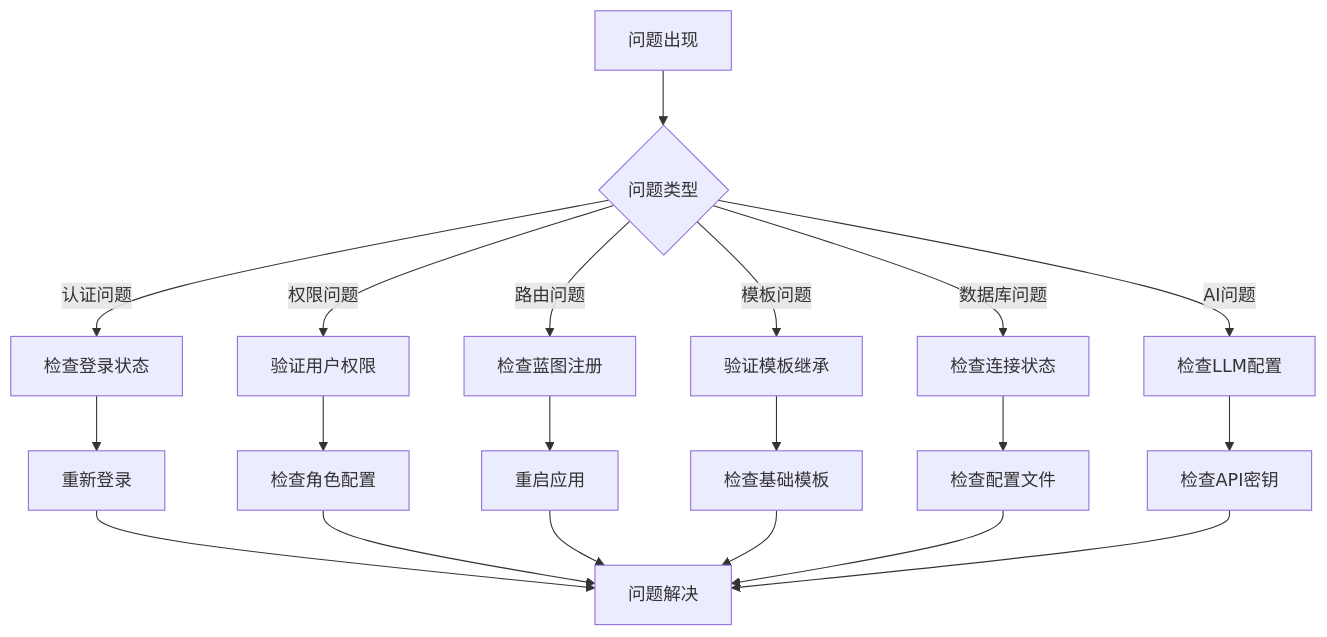
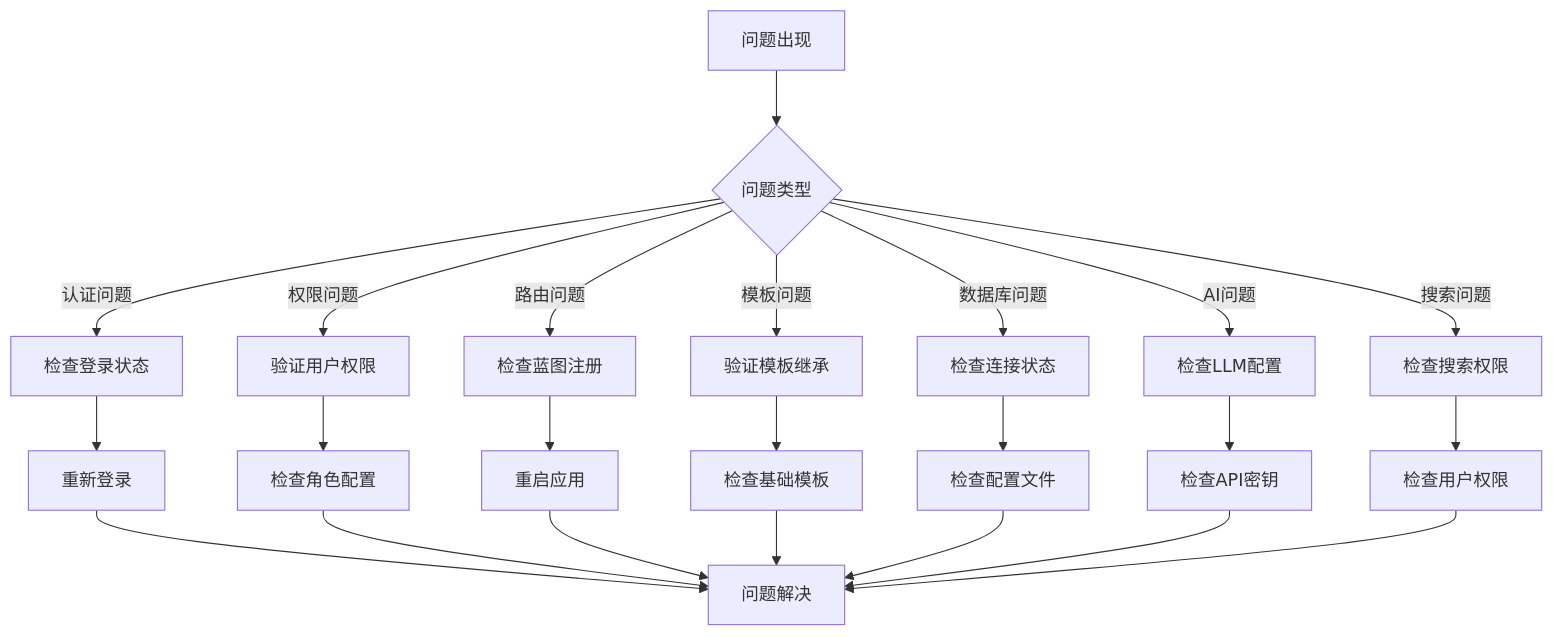
The eighth of 8 diagrams in .qoder/repowiki/zh/content/架构设计/蓝图系统设计/蓝图系统设计.md (beyondalbert/my_wiki), drawn with Mermaid before and after one commit. The commit also changed other lines of this file and 5 other files, not shown here.

````diff
--- a/.qoder/repowiki/zh/content/架构设计/蓝图系统设计/蓝图系统设计.md
+++ b/.qoder/repowiki/zh/content/架构设计/蓝图系统设计/蓝图系统设计.md
@@ -537,22 +606,25 @@
 ```mermaid
 flowchart TD
 A[问题出现] --> B{问题类型}
 B --> |认证问题| C[检查登录状态]
 B --> |权限问题| D[验证用户权限]
 B --> |路由问题| E[检查蓝图注册]
 B --> |模板问题| F[验证模板继承]
 B --> |数据库问题| G[检查连接状态]
 B --> |AI问题| H[检查LLM配置]
-C --> I[重新登录]
-D --> J[检查角色配置]
-E --> K[重启应用]
-F --> L[检查基础模板]
-G --> M[检查配置文件]
-H --> N[检查API密钥]
-I --> O[问题解决]
-J --> O
-K --> O
-L --> O
-M --> O
-N --> O
+B --> |搜索问题| I[检查搜索权限]
+C --> J[重新登录]
+D --> K[检查角色配置]
+E --> L[重启应用]
+F --> M[检查基础模板]
+G --> N[检查配置文件]
+H --> O[检查API密钥]
+I --> P[检查用户权限]
+J --> Q[问题解决]
+K --> Q
+L --> Q
+M --> Q
+N --> Q
+O --> Q
+P --> Q
 ```
````
